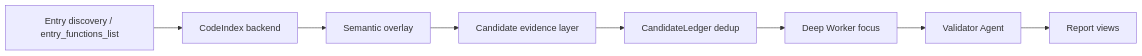
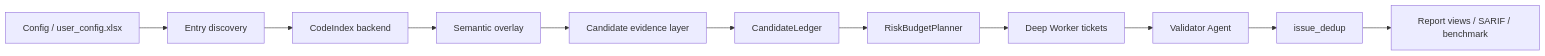
The diagram in docs/architecture.md (zealousness/Z-Scope), drawn with Mermaid before and after one commit. The commit also changed other lines of this file and 29 other files, not shown here.

````diff
--- a/docs/architecture.md
+++ b/docs/architecture.md
@@ -7,10 +7,13 @@
 ```mermaid
 flowchart LR
-    A["Entry discovery / entry_functions_list"] --> B["CodeIndex backend"]
-    B --> C["Semantic overlay"]
-    C --> D["Candidate evidence layer"]
-    D --> E["CandidateLedger dedup"]
-    E --> F["Deep Worker focus"]
-    F --> G["Validator Agent"]
-    G --> H["Report views"]
+    A["Config / user_config.xlsx"] --> B["Entry discovery"]
+    B --> C["CodeIndex backend"]
+    C --> D["Semantic overlay"]
+    D --> E["Candidate evidence layer"]
+    E --> F["CandidateLedger"]
+    F --> G["RiskBudgetPlanner"]
+    G --> H["Deep Worker tickets"]
+    H --> I["Validator Agent"]
+    I --> J["issue_dedup"]
+    J --> K["Report views / SARIF / benchmark"]
 ```
````
